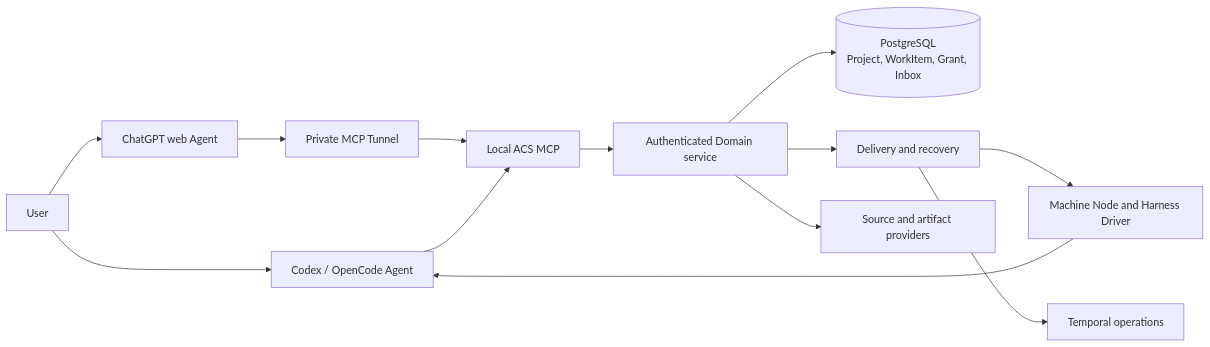
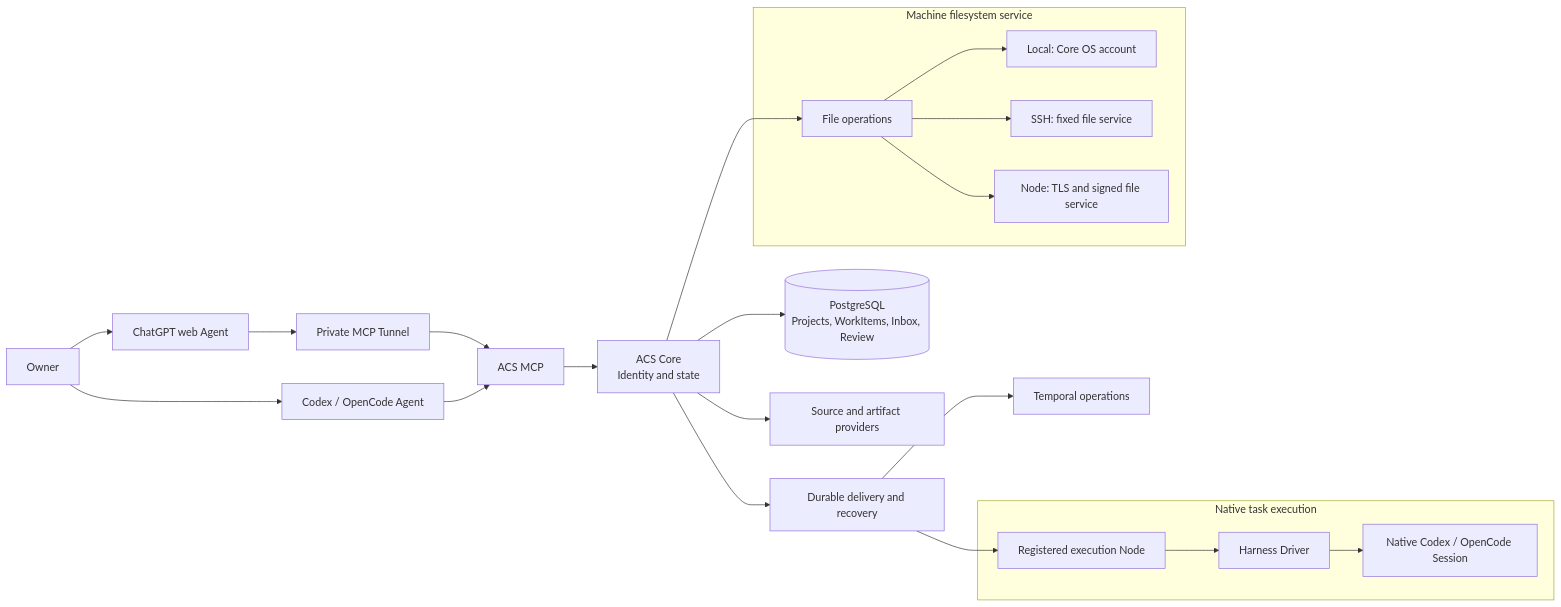
The second of 3 diagrams in README.md (D1ChangGeng/Agent-collaboration), drawn with Mermaid before and after one commit. The commit also changed other lines of this file and 9 other files, not shown here.

````diff
--- a/README.md
+++ b/README.md
@@ -151,15 +205,24 @@
 ```mermaid
 flowchart LR
-    U[User] --> H[Codex / OpenCode Agent]
+    U[Owner] --> H[Codex / OpenCode Agent]
     U --> W[ChatGPT web Agent]
     W --> T[Private MCP Tunnel]
-    T --> M[Local ACS MCP]
+    T --> M[ACS MCP]
     H --> M
-    M --> D[Authenticated Domain service]
-    D --> P[(PostgreSQL<br/>Project, WorkItem, Grant, Inbox)]
-    D --> O[Delivery and recovery]
-    O --> N[Machine Node and Harness Driver]
+    M --> D[ACS Core<br/>Identity and state]
+    D --> P[(PostgreSQL<br/>Projects, WorkItems, Inbox, Review)]
+    D --> O[Durable delivery and recovery]
     O --> Q[Temporal operations]
-    N --> H
+    subgraph E[Native task execution]
+        N[Registered execution Node] --> HD[Harness Driver]
+        HD --> NS[Native Codex / OpenCode Session]
+    end
+    O --> N
+    subgraph F[Machine filesystem service]
+        FS[File operations] --> L[Local: Core OS account]
+        FS --> SSH[SSH: fixed file service]
+        FS --> NF[Node: TLS and signed file service]
+    end
+    D --> FS
     D --> S[Source and artifact providers]
 ```
````
